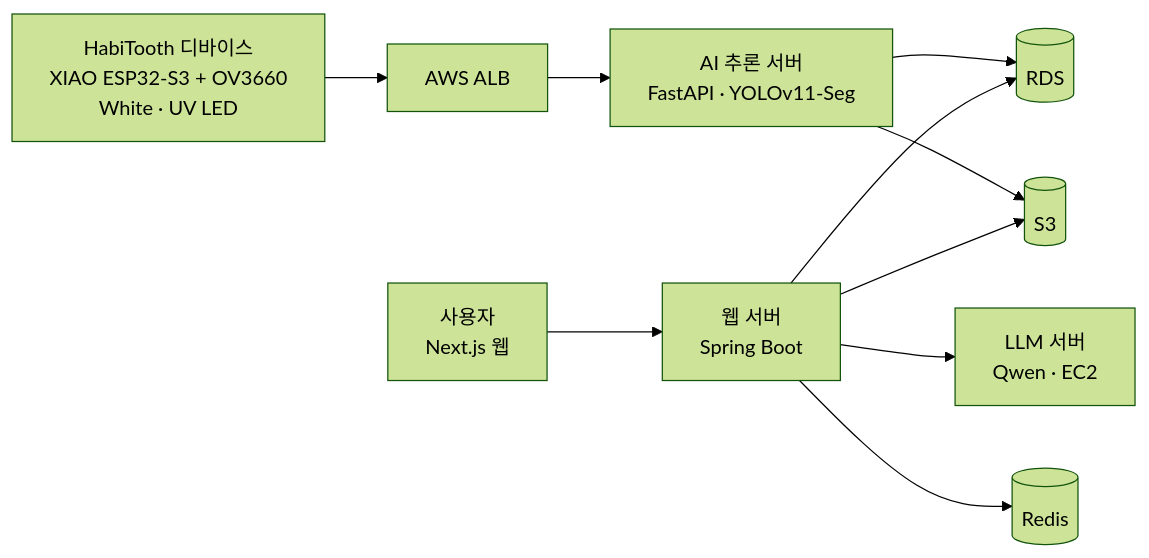
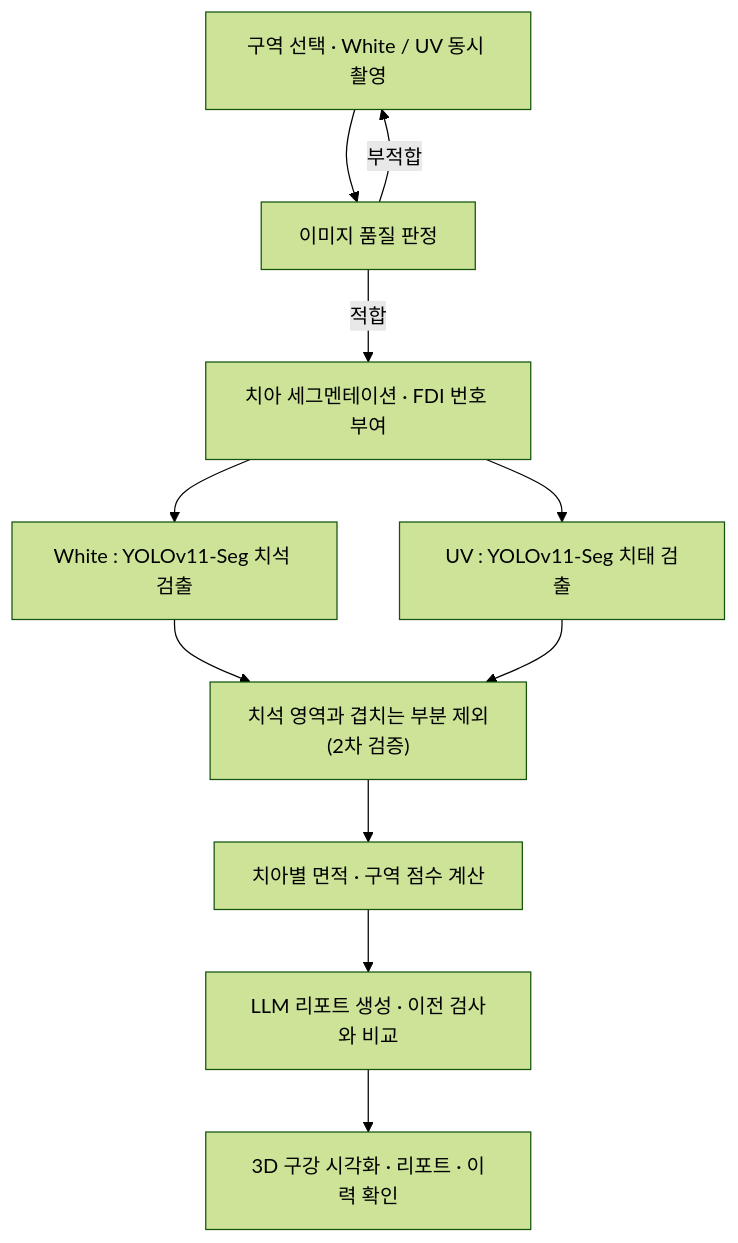
The first of 2 diagrams in profile/README.md (HabiTooth/.github), drawn with Mermaid (forest theme) before and after one commit. The commit also changed other lines of this file, not shown here.

````diff
--- a/profile/README.md
+++ b/profile/README.md
@@ -101,12 +119,13 @@
 ```mermaid
-flowchart LR
-    D["HabiTooth 디바이스<br/>XIAO ESP32-S3 + OV3660<br/>White · UV LED"] --> ALB["AWS ALB"]
-    ALB --> AI["AI 추론 서버<br/>FastAPI · YOLOv11-Seg"]
-    U["사용자<br/>Next.js 웹"] --> WEB["웹 서버<br/>Spring Boot"]
-    WEB --> LLM["LLM 서버<br/>Qwen · EC2"]
-    AI --> RDS[("RDS")]
-    AI --> S3[("S3")]
-    WEB --> RDS
-    WEB --> S3
-    WEB --> REDIS[("Redis")]
+flowchart TD
+    A["구역 선택 · White / UV 동시 촬영"] --> B["이미지 품질 판정"]
+    B -- 부적합 --> A
+    B -- 적합 --> C["치아 세그멘테이션 · FDI 번호 부여"]
+    C --> E["White : YOLOv11-Seg 치석 검출"]
+    C --> F["UV : YOLOv11-Seg 치태 검출"]
+    E --> G["치석 영역과 겹치는 부분 제외<br/>(2차 검증)"]
+    F --> G
+    G --> H["치아별 면적 · 구역 점수 계산"]
+    H --> I["LLM 리포트 생성 · 이전 검사와 비교"]
+    I --> J["3D 구강 시각화 · 리포트 · 이력 확인"]
 ```
````
